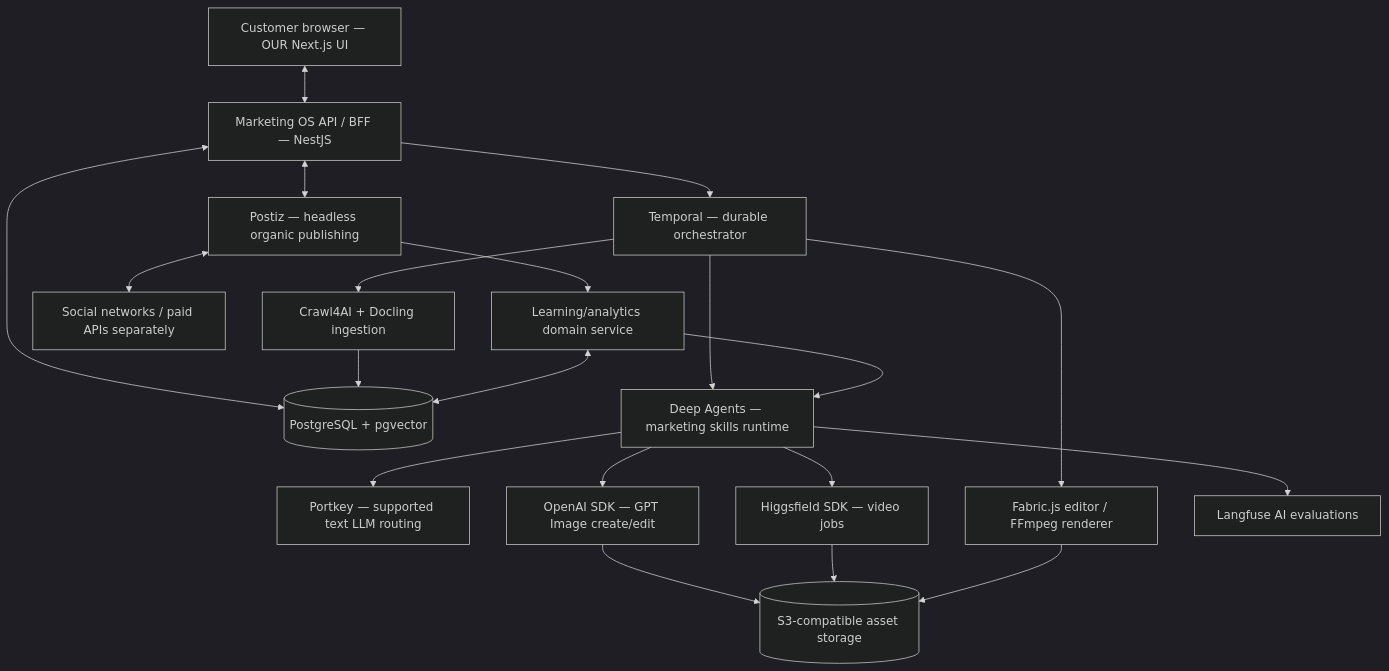
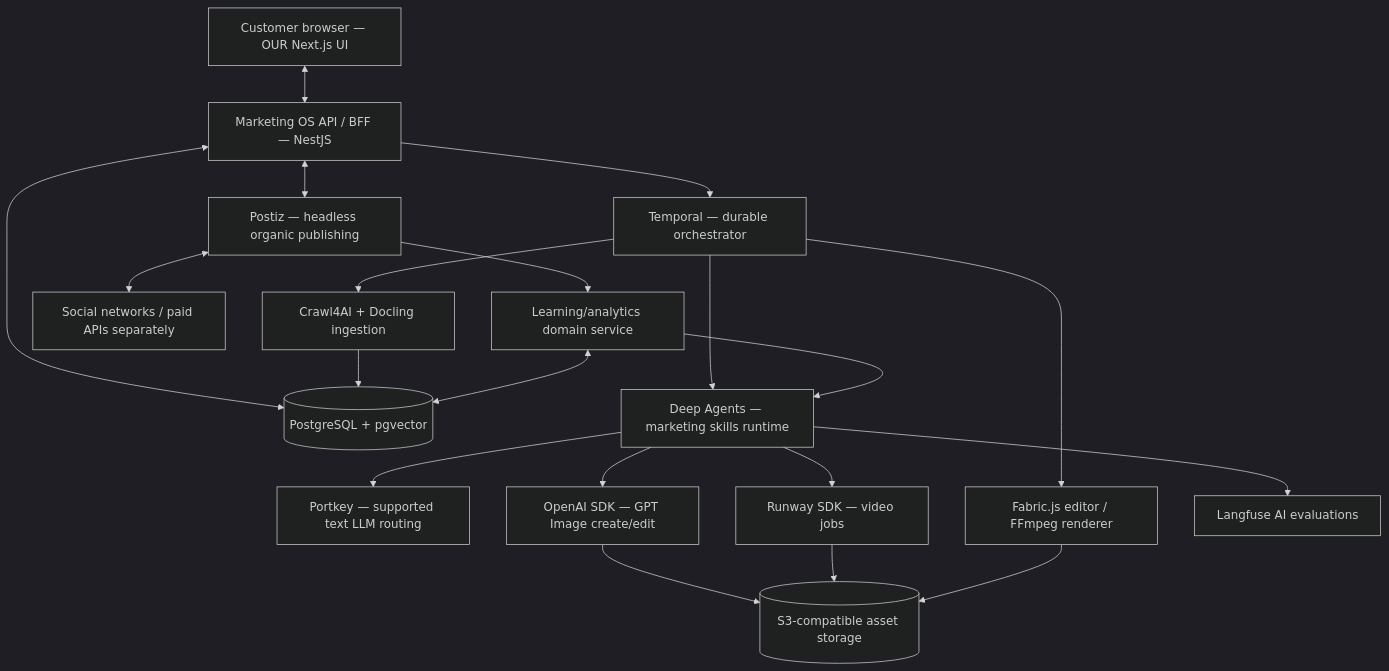
One commit to fxunlockdev/Marketingdev changed the diagram in PRODUCT.md. Above: the diagram before and after it, drawn with Mermaid (dark theme). The commit also changed other lines of this file and 33 other files, not shown here.

````diff
--- a/PRODUCT.md
+++ b/PRODUCT.md
@@ -130,37 +130,37 @@
 ```mermaid
 flowchart TB
   U[Customer browser — OUR Next.js UI]
   A[Marketing OS API / BFF — NestJS]
   DB[(PostgreSQL + pgvector)]
   OS[(S3-compatible asset storage)]
   T[Temporal — durable orchestrator]
   D[Deep Agents — marketing skills runtime]
   P[Portkey — supported text LLM routing]
   O[OpenAI SDK — GPT Image create/edit]
-  H[Higgsfield SDK — video jobs]
+  H[Runway SDK — video jobs]
   E[Fabric.js editor / FFmpeg renderer]
   C[Crawl4AI + Docling ingestion]
   L[Langfuse AI evaluations]
   Z[Postiz — headless organic publishing]
   X[Social networks / paid APIs separately]
   M[Learning/analytics domain service]
   U <--> A
   A <--> DB
   A --> T
   T --> C
   T --> D
   D --> P
   D --> O
   D --> H
   T --> E
   C --> DB
   D --> L
   O --> OS
   H --> OS
   E --> OS
   A <--> Z
   Z <--> X
   Z --> M
   M <--> DB
   M --> D
 ```
````
